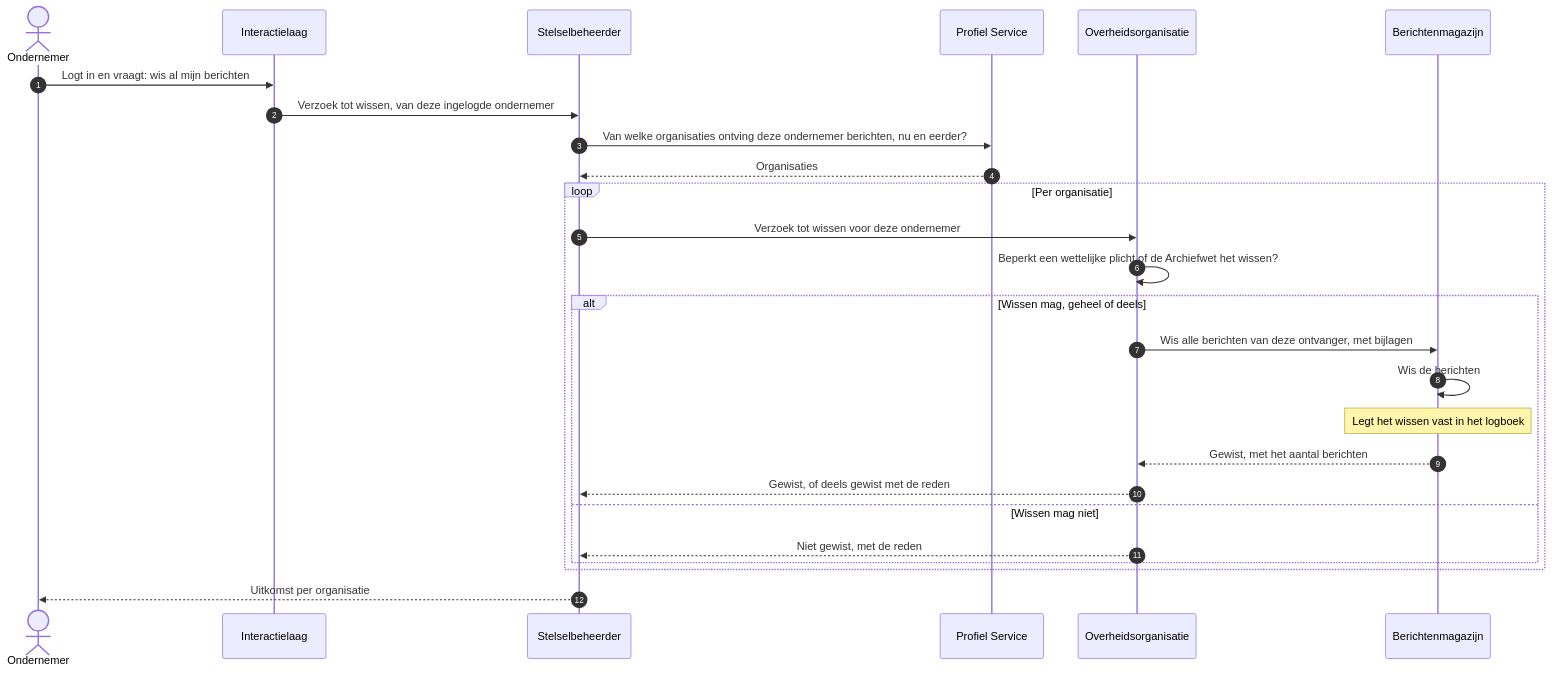
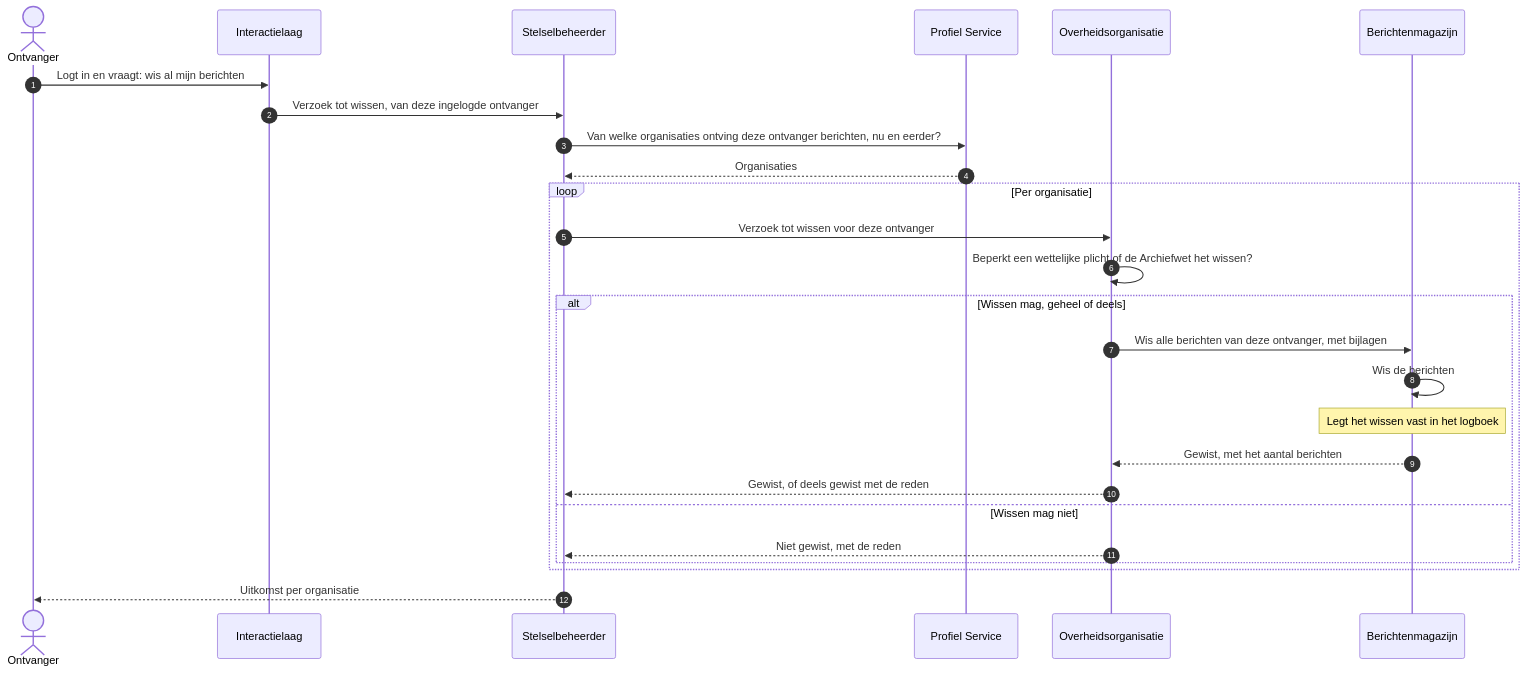
One commit to MinBZK/moza-poc-fbs-berichtenbox changed the diagram in docs/architecture/workspace-docs/14-uc10-berichten-wissen.md. Above: the diagram before and after it, drawn with Mermaid. The commit also changed other lines of this file and 15 other files, not shown here.

First line of the commit message:
docs(architectuur): use cases generiek voor burgers en ondernemers

````diff
--- a/docs/architecture/workspace-docs/14-uc10-berichten-wissen.md
+++ b/docs/architecture/workspace-docs/14-uc10-berichten-wissen.md
@@ -39,29 +40,29 @@
 ```mermaid
 sequenceDiagram
     autonumber
-    actor OND as Ondernemer
+    actor ONT as Ontvanger
     participant IL as Interactielaag
     participant SB as Stelselbeheerder
     participant PRO as Profiel Service
     participant ORG as Overheidsorganisatie
     participant MAG as Berichtenmagazijn
 
-    OND->>IL: Logt in en vraagt: wis al mijn berichten
-    IL->>SB: Verzoek tot wissen, van deze ingelogde ondernemer
-    SB->>PRO: Van welke organisaties ontving deze ondernemer berichten, nu en eerder?
+    ONT->>IL: Logt in en vraagt: wis al mijn berichten
+    IL->>SB: Verzoek tot wissen, van deze ingelogde ontvanger
+    SB->>PRO: Van welke organisaties ontving deze ontvanger berichten, nu en eerder?
     PRO-->>SB: Organisaties
     loop Per organisatie
-        SB->>ORG: Verzoek tot wissen voor deze ondernemer
+        SB->>ORG: Verzoek tot wissen voor deze ontvanger
         ORG->>ORG: Beperkt een wettelijke plicht of de Archiefwet het wissen?
         alt Wissen mag, geheel of deels
             ORG->>MAG: Wis alle berichten van deze ontvanger, met bijlagen
             MAG->>MAG: Wis de berichten
             Note over MAG: Legt het wissen vast in het logboek
             MAG-->>ORG: Gewist, met het aantal berichten
             ORG-->>SB: Gewist, of deels gewist met de reden
         else Wissen mag niet
             ORG-->>SB: Niet gewist, met de reden
         end
     end
-    SB-->>OND: Uitkomst per organisatie
+    SB-->>ONT: Uitkomst per organisatie
 ```
````
